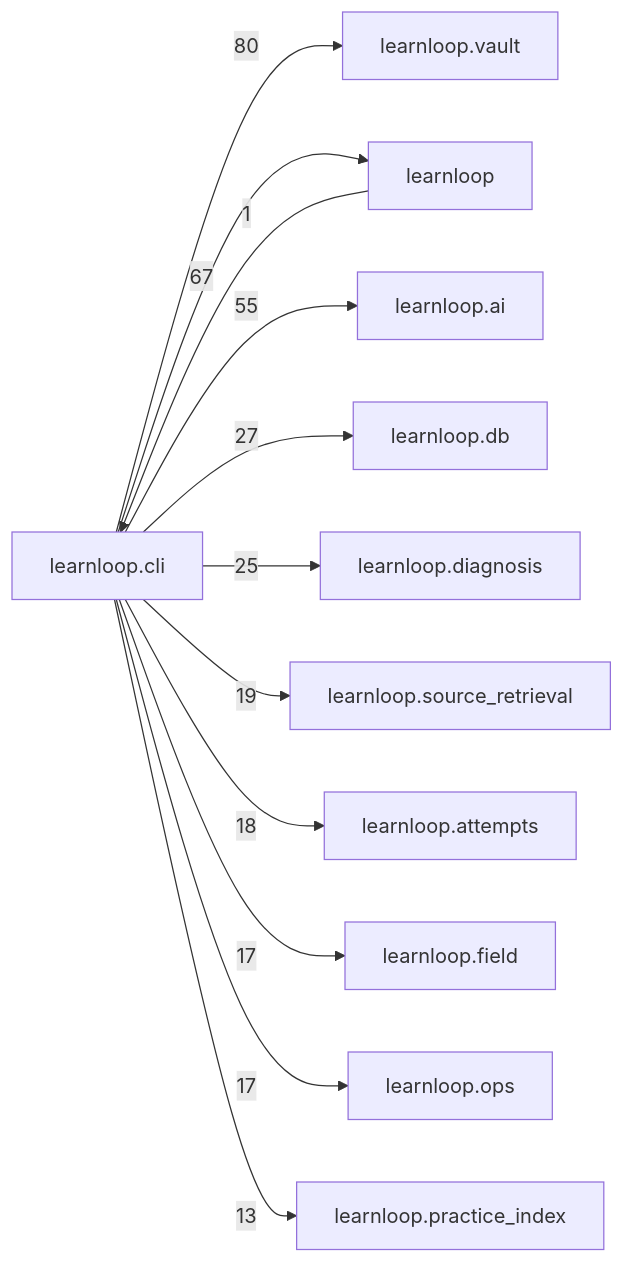
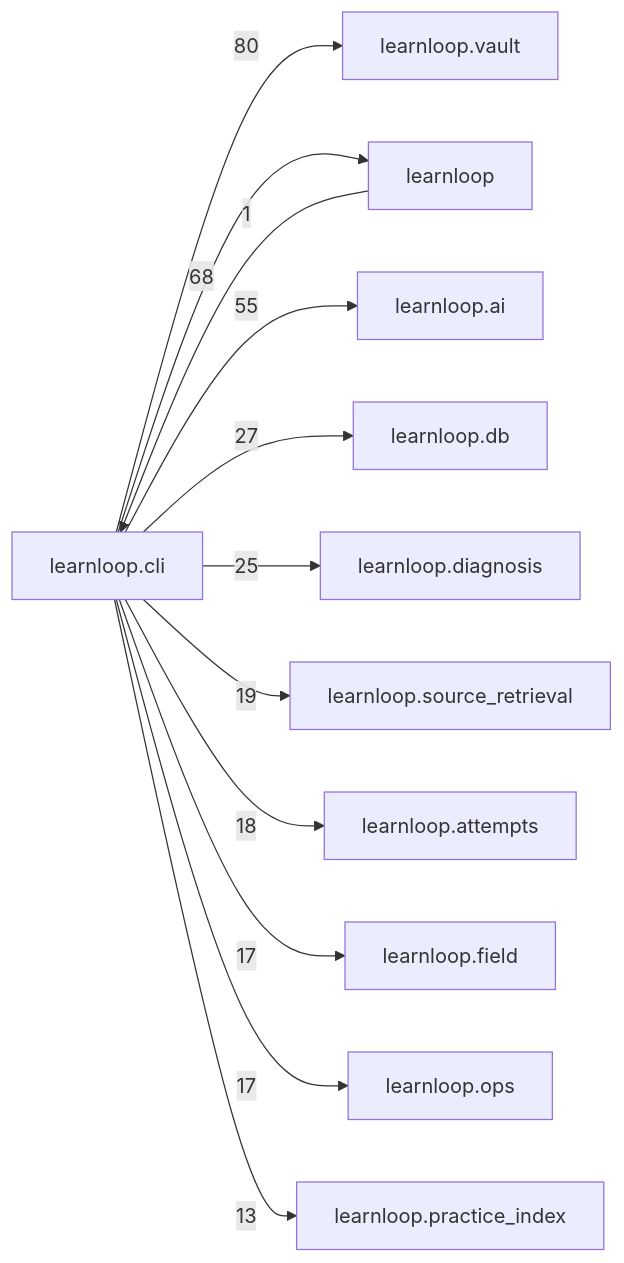
The diagram in docs/learnloop-architecture-vault/Reference/Modules/learnloop/cli/_package.md (6up-b/learnanything), drawn with Mermaid before and after one commit. The commit also changed other lines of this file and 533 other files, not shown here.

````diff
--- a/docs/learnloop-architecture-vault/Reference/Modules/learnloop/cli/_package.md
+++ b/docs/learnloop-architecture-vault/Reference/Modules/learnloop/cli/_package.md
@@ -229,25 +229,25 @@
 ```mermaid
 flowchart LR
     center["learnloop.cli"]
     n_learnloop_vault["learnloop.vault"]
     n_learnloop["learnloop"]
     n_learnloop_ai["learnloop.ai"]
     n_learnloop_db["learnloop.db"]
     n_learnloop_diagnosis["learnloop.diagnosis"]
     n_learnloop_source_retrieval["learnloop.source_retrieval"]
     n_learnloop_attempts["learnloop.attempts"]
     n_learnloop_field["learnloop.field"]
     n_learnloop_ops["learnloop.ops"]
     n_learnloop_practice_index["learnloop.practice_index"]
     center -->|80| n_learnloop_vault
     n_learnloop -->|1| center
-    center -->|67| n_learnloop
+    center -->|68| n_learnloop
     center -->|55| n_learnloop_ai
     center -->|27| n_learnloop_db
     center -->|25| n_learnloop_diagnosis
     center -->|19| n_learnloop_source_retrieval
     center -->|18| n_learnloop_attempts
     center -->|17| n_learnloop_field
     center -->|17| n_learnloop_ops
     center -->|13| n_learnloop_practice_index
 ```
````
